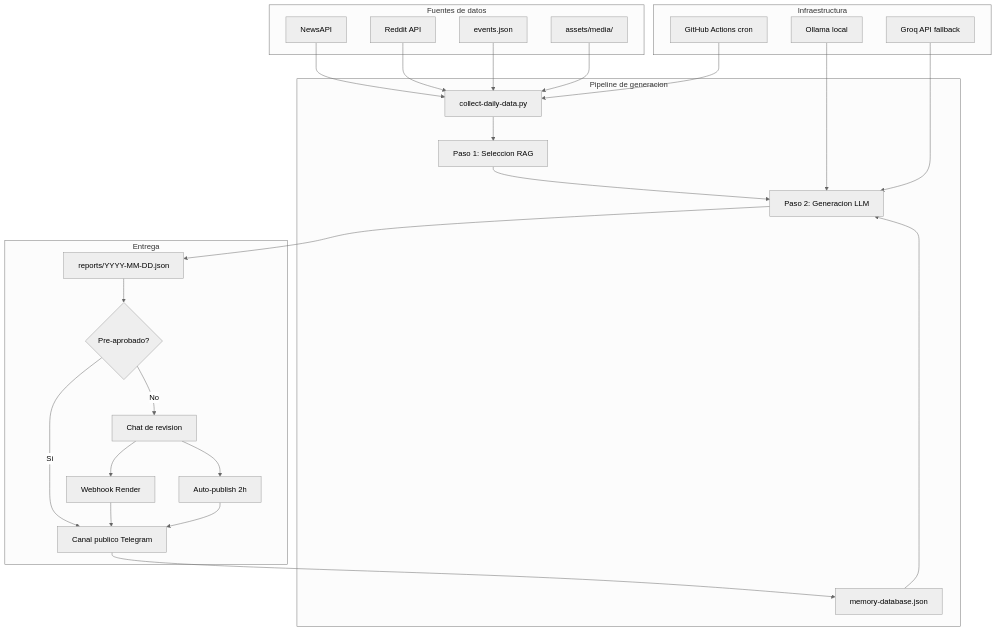
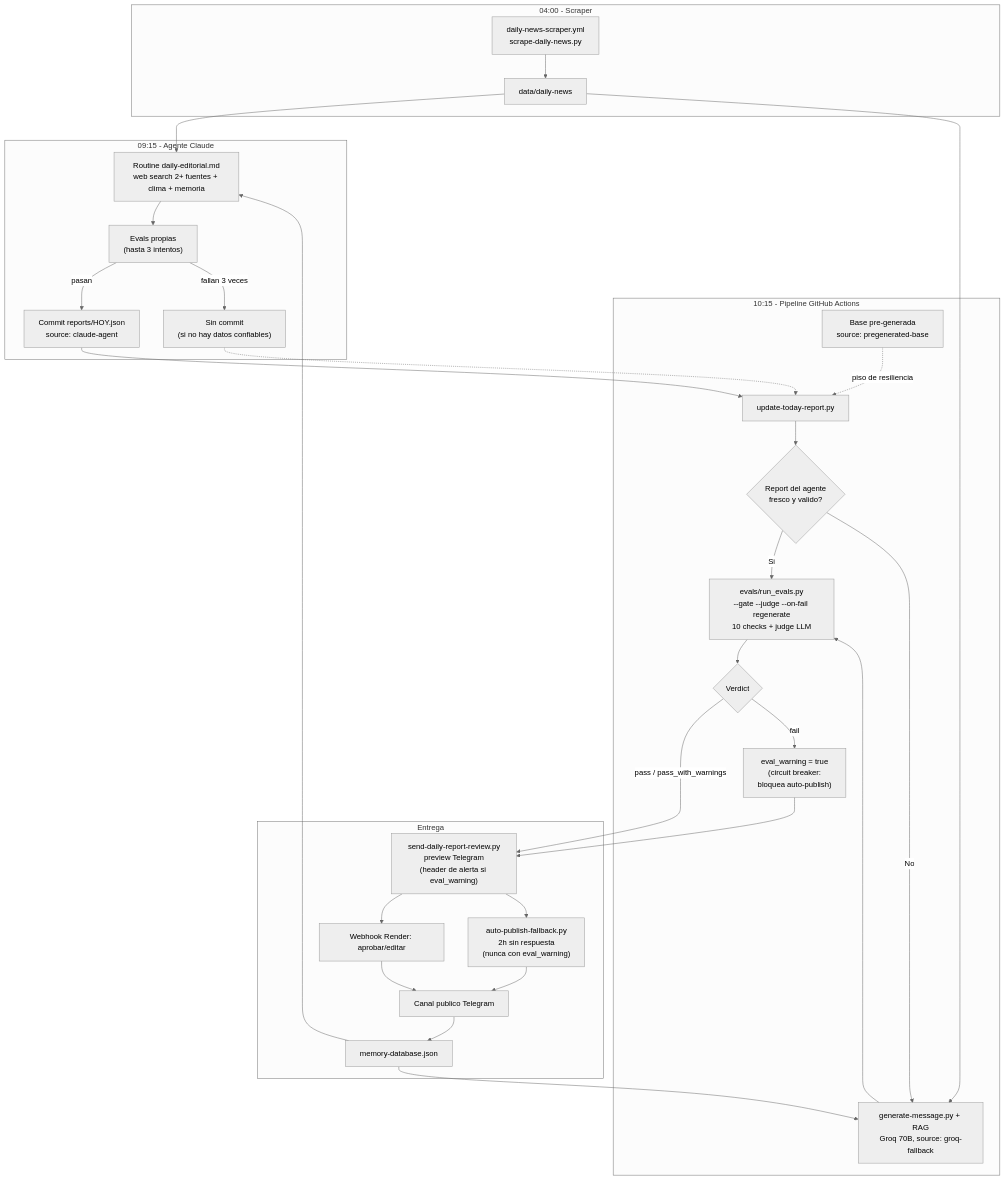
One commit to SMESCH1/InforMessi changed the diagram in docs/architecture.md. Above: the diagram before and after it, drawn with Mermaid (neutral theme). The commit also changed other lines of this file and 2 other files, not shown here.

Commit message:
Documentar la teoría de AI Engineering del refactor híbrido
- docs/ai-engineering.md (nuevo): 8 secciones que explican cada patrón
  aplicado (separación generación/evaluación, evals programáticas,
  LLM-as-judge, grounding, RAG anti-repetición, human-in-the-loop,
  métricas, lecciones aprendidas) con teoría, implementación real en el
  repo y trade-offs. Todo verificable contra el código.
- docs/architecture.md: diagrama de flujo actualizado (scraper 04:00,
  agente 09:15, pipeline 10:15, gate de evals, 3 sources, circuit
  breaker) y componentes nuevos (agente, evals).
- README.md: sección 'Qué hace' y diagrama ASCII actualizados al flujo
  híbrido, badge de evals, links a la documentación nueva, resumen en
  inglés actualizado.

````diff
--- a/docs/architecture.md
+++ b/docs/architecture.md
@@ -18,55 +25,62 @@
 ```mermaid
 flowchart TD
-    subgraph sources [Fuentes de datos]
-        NewsAPI[NewsAPI]
-        Reddit[Reddit API]
-        Events[events.json]
-        Media[assets/media/]
+    subgraph scraper [04:00 - Scraper]
+        Scrape["daily-news-scraper.yml<br/>scrape-daily-news.py"]
+        NewsData[data/daily-news]
     end
 
-    subgraph pipeline [Pipeline de generacion]
-        Collect[collect-daily-data.py]
-        Select["Paso 1: Seleccion RAG"]
-        Generate["Paso 2: Generacion LLM"]
+    subgraph agent [09:15 - Agente Claude]
+        Routine["Routine daily-editorial.md<br/>web search 2+ fuentes + clima + memoria"]
+        AgentEvals["Evals propias<br/>(hasta 3 intentos)"]
+        AgentCommit["Commit reports/HOY.json<br/>source: claude-agent"]
+        NoCommit["Sin commit<br/>(si no hay datos confiables)"]
+    end
+
+    subgraph pipeline [10:15 - Pipeline GitHub Actions]
+        Update[update-today-report.py]
+        Fresh{"Report del agente<br/>fresco y valido?"}
+        Groq["generate-message.py + RAG<br/>Groq 70B, source: groq-fallback"]
+        Base["Base pre-generada<br/>source: pregenerated-base"]
+        Gate["evals/run_evals.py<br/>--gate --judge --on-fail regenerate<br/>10 checks + judge LLM"]
+        Verdict{Verdict}
+        Breaker["eval_warning = true<br/>(circuit breaker:<br/>bloquea auto-publish)"]
+    end
+
+    subgraph delivery [Entrega]
+        Preview["send-daily-report-review.py<br/>preview Telegram<br/>(header de alerta si eval_warning)"]
+        Webhook[Webhook Render: aprobar/editar]
+        AutoPub["auto-publish-fallback.py<br/>2h sin respuesta<br/>(nunca con eval_warning)"]
+        Channel[Canal publico Telegram]
         Memory[memory-database.json]
     end
 
-    subgraph delivery [Entrega]
-        Report[reports/YYYY-MM-DD.json]
-        PreApproved{Pre-aprobado?}
-        Preview[Chat de revision]
-        Webhook[Webhook Render]
-        Channel[Canal publico Telegram]
-        Fallback[Auto-publish 2h]
-    end
+    Scrape --> NewsData
+    NewsData --> Routine
+    NewsData --> Groq
 
-    subgraph infra [Infraestructura]
-        Actions[GitHub Actions cron]
-        Ollama[Ollama local]
-        Groq[Groq API fallback]
-    end
+    Routine --> AgentEvals
+    AgentEvals -- pasan --> AgentCommit
+    AgentEvals -- fallan 3 veces --> NoCommit
 
-    NewsAPI --> Collect
-    Reddit --> Collect
-    Events --> Collect
-    Media --> Collect
+    AgentCommit --> Update
+    NoCommit -.-> Update
+    Update --> Fresh
+    Fresh -- Si --> Gate
+    Fresh -- No --> Groq
+    Base -. piso de resiliencia .-> Update
+    Groq --> Gate
 
-    Collect --> Select
-    Select --> Generate
-    Memory --> Generate
-    Generate --> Report
+    Gate --> Verdict
+    Verdict -- pass / pass_with_warnings --> Preview
+    Verdict -- fail --> Breaker
+    Breaker --> Preview
 
-    Actions --> Collect
-    Ollama --> Generate
-    Groq --> Generate
-
-    Report --> PreApproved
-    PreApproved -- Si --> Channel
-    PreApproved -- No --> Preview
     Preview --> Webhook
     Webhook --> Channel
-    Preview --> Fallback
-    Fallback --> Channel
+    Preview --> AutoPub
+    AutoPub --> Channel
 
     Channel --> Memory
+    Memory --> Routine
+    Memory --> Groq
 ```
````
